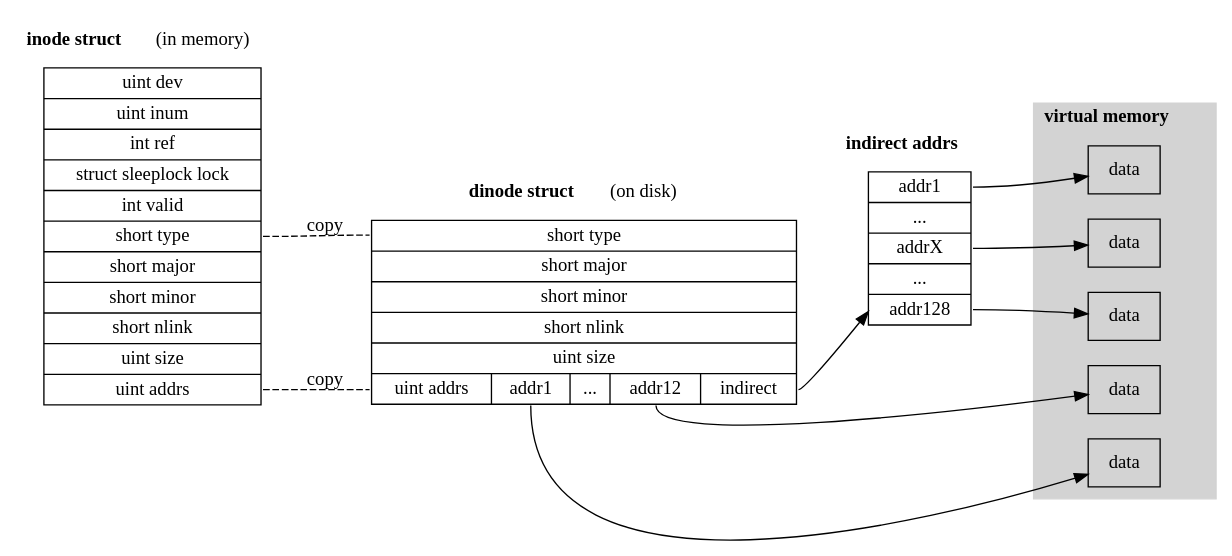
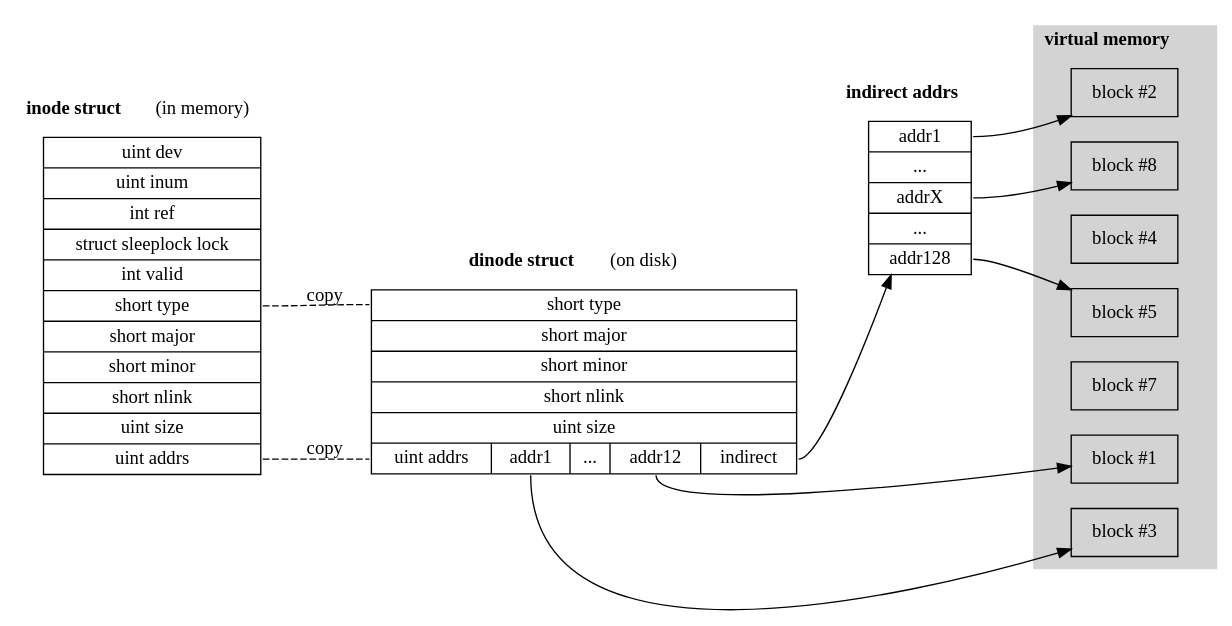
One commit to Jeanhwea/xv6-course changed the diagram in img/inode-relation.dot. Above: the diagram before and after it, drawn with Graphviz. The commit also changed 2 other files, not shown here.

```diff
--- a/img/inode-relation.dot
+++ b/img/inode-relation.dot
@@ -1,35 +1,37 @@
 digraph inode_relation {
   rankdir=LR;
   node [shape=record];
 
   subgraph cluster_inode {
     label =<<b>inode struct</b> (in memory)>; style=filled; color=white;
     inode [label="uint dev|uint inum|int ref|struct sleeplock lock|int valid|<f0>short type|short major|short minor|short nlink|uint size|<f9>uint addrs"];
   }
   inode:f0 -> dinode:f0 [label=copy style=dashed arrowhead=none];
   inode:f9 -> dinode:f9 [label=copy style=dashed arrowhead=none];
   subgraph cluster_dinode {
     label =<<b>dinode struct</b> (on disk)>; style=filled; color=white;
     dinode [label="<f0>short type|short major|short minor|short nlink|uint size|{<f9>uint addrs|<d1>addr1|...|<d2>addr12|<ind>indirect}"];
   }
   subgraph cluster_indirect {
     label =<<b>indirect addrs</b>>; style=filled; color=white;
     indirect [label="<i1>addr1|...|<ix>addrX|...|<i2>addr128"];
   }
   subgraph cluster_data {
     label =<<b>virtual memory</b>>; style=filled; color=lightgray;
-    data2  [label="data"];
-    data1  [label="data"];
-    idata1 [label="data"];
-    idataX [label="data"];
-    idata2 [label="data"];
+    data2  [label="block #1"];
+    data1  [label="block #3"];
+    data4  [label="block #4"];
+    idata1 [label="block #2"];
+    data7  [label="block #7"];
+    idataX [label="block #8"];
+    idata2 [label="block #5"];
   }
 
   dinode:d1 -> data1;
   dinode:d2 -> data2;
   dinode:ind -> indirect;
   indirect:i1 -> idata1;
   indirect:ix -> idataX;
   indirect:i2 -> idata2;
 
 }
```
